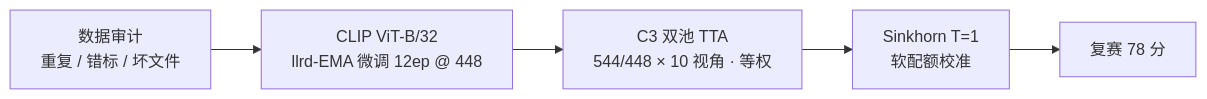
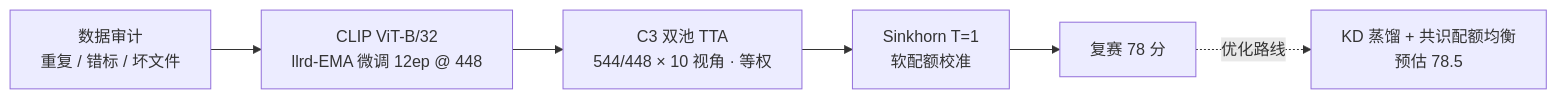
Before and after one commit to qiuy-ue/aic-2026-fine-grained-finetuning: the diagram in README.md, drawn with Mermaid. The commit also changed other lines of this file and 3 other files, not shown here.

First line of the commit message:
优化展示：成绩演进折线图 + 优化路线（预估 78.5）

````diff
--- a/README.md
+++ b/README.md
@@ -43,7 +53,8 @@
 ```mermaid
 flowchart LR
     A[数据审计<br/>重复 / 错标 / 坏文件] --> B[CLIP ViT-B/32<br/>llrd-EMA 微调 12ep @ 448]
     B --> C[C3 双池 TTA<br/>544/448 × 10 视角 · 等权]
     C --> D[Sinkhorn T=1<br/>软配额校准]
     D --> E[复赛 78 分]
+    E -.优化路线.-> F[KD 蒸馏 + 共识配额均衡<br/>预估 78.5]
 ```
````
